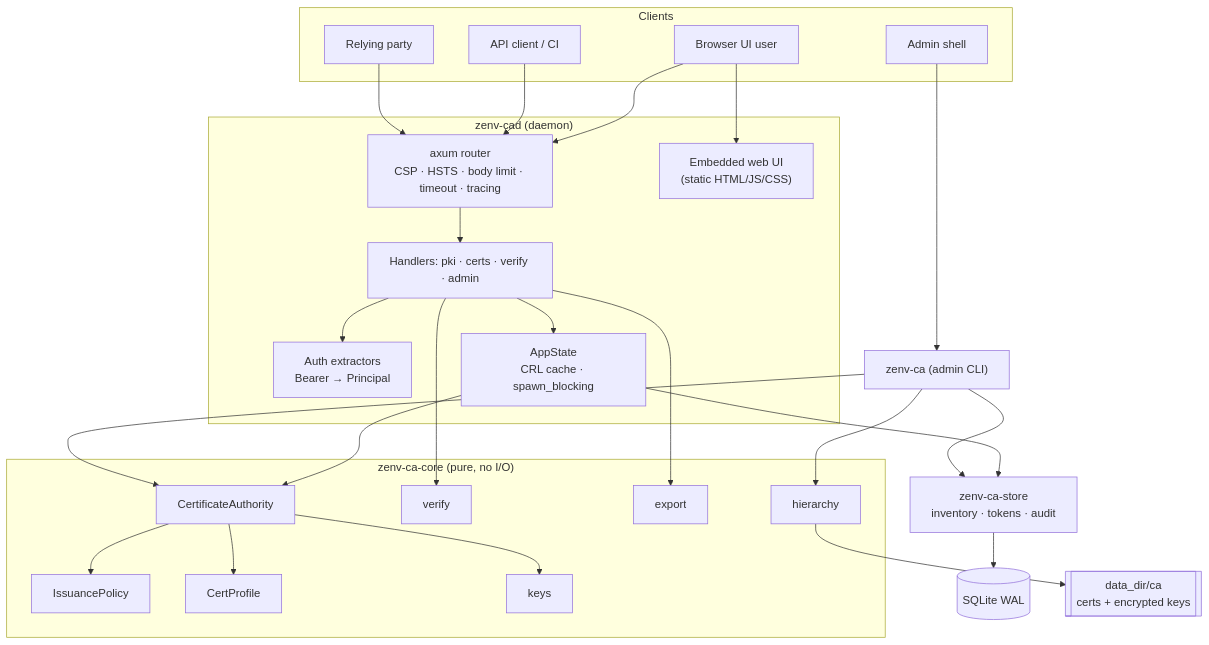
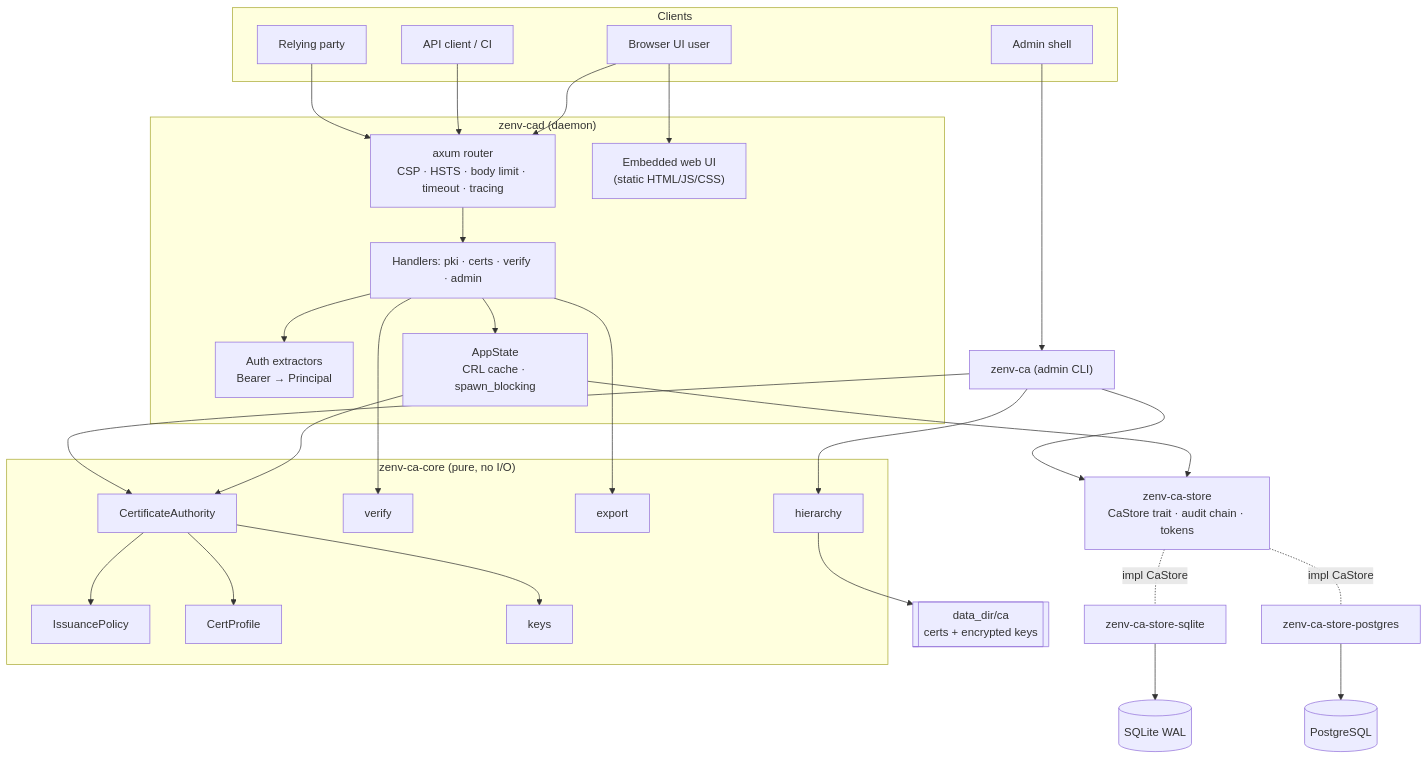
The first of 4 diagrams in docs/architecture.md (d-subrahmanyam/zenv-cert-authority), drawn with Mermaid before and after one commit. The commit also changed other lines of this file and 52 other files, not shown here.

First line of the commit message:
Make storage pluggable (SQLite + PostgreSQL) and add per-crate READMEs

````diff
--- a/docs/architecture.md
+++ b/docs/architecture.md
@@ -30,39 +30,44 @@
 ```mermaid
 flowchart TB
     subgraph clients[Clients]
         B[Browser UI user]
         A[API client / CI]
         R[Relying party]
         Adm[Admin shell]
     end
     subgraph daemon["zenv-cad (daemon)"]
         Router["axum router<br/>CSP · HSTS · body limit · timeout · tracing"]
         UI["Embedded web UI<br/>(static HTML/JS/CSS)"]
         Auth["Auth extractors<br/>Bearer → Principal"]
         H["Handlers: pki · certs · verify · admin"]
         State["AppState<br/>CRL cache · spawn_blocking"]
     end
     CLI["zenv-ca (admin CLI)"]
     subgraph core["zenv-ca-core (pure, no I/O)"]
         CA[CertificateAuthority]
         Pol[IssuancePolicy]
         Prof[CertProfile]
         Ver[verify]
         Exp[export]
         Keys[keys]
         Hier[hierarchy]
     end
-    Store["zenv-ca-store<br/>inventory · tokens · audit"]
+    Store["zenv-ca-store<br/>CaStore trait · audit chain · tokens"]
+    Sqlite["zenv-ca-store-sqlite"]
+    Pg["zenv-ca-store-postgres"]
     DB[(SQLite WAL)]
+    PGDB[(PostgreSQL)]
     Files[["data_dir/ca<br/>certs + encrypted keys"]]
 
     B --> UI
     B & A & R --> Router
     Router --> H --> Auth
     H --> State --> CA & Store
     H --> Ver & Exp
     CA --> Pol & Prof & Keys
     Adm --> CLI --> Hier & Store & CA
-    Store --> DB
+    Store -. "impl CaStore" .- Sqlite & Pg
+    Sqlite --> DB
+    Pg --> PGDB
     Hier --> Files
 ```
````
